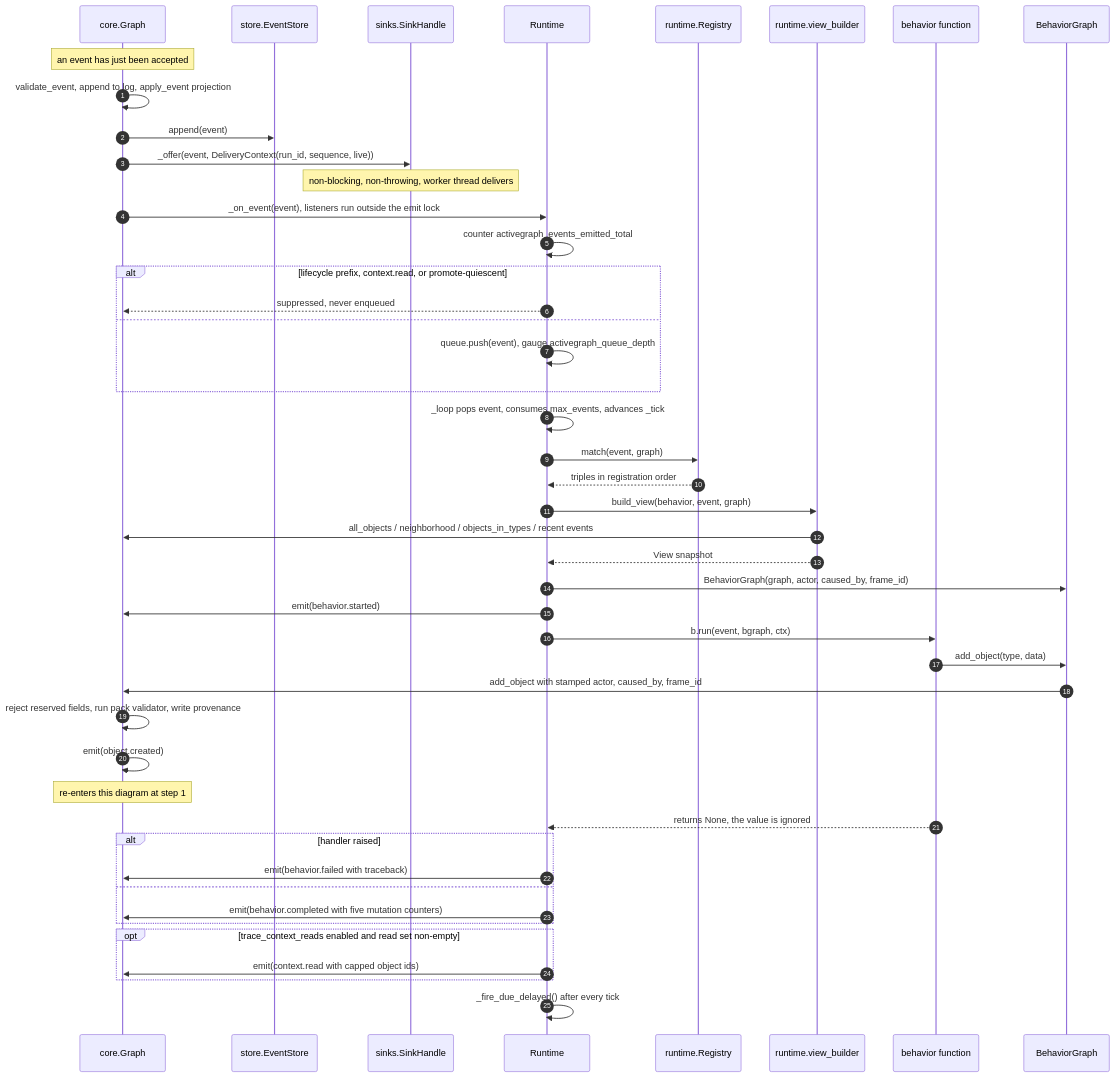
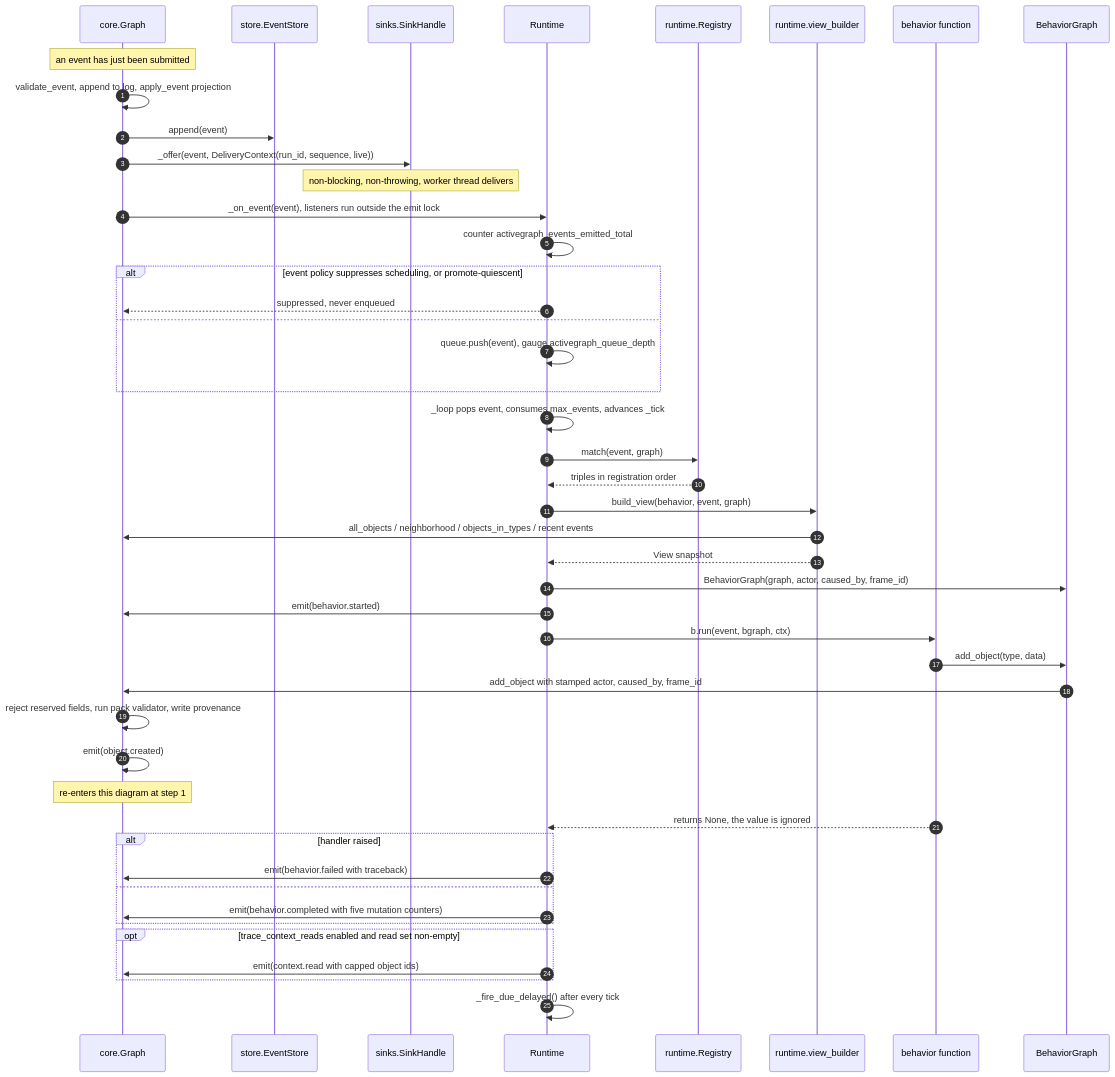
Before and after one commit to tha-hammer/silmari-activegraph: the second of 6 diagrams in specs/11-sequence-diagrams.md, drawn with Mermaid. The commit also changed other lines of this file, not shown here.

Commit message:
docs(specs): refresh end-to-end sequences

````diff
--- a/specs/11-sequence-diagrams.md
+++ b/specs/11-sequence-diagrams.md
@@ -111,50 +121,50 @@
 ```mermaid
 sequenceDiagram
     autonumber
     participant G as core.Graph
     participant ST as store.EventStore
     participant SK as sinks.SinkHandle
     participant RT as Runtime
     participant REG as runtime.Registry
     participant VB as runtime.view_builder
     participant B as behavior function
     participant BG as BehaviorGraph
 
-    Note over G: an event has just been accepted
+    Note over G: an event has just been submitted
     G->>G: validate_event, append to log, apply_event projection
     G->>ST: append(event)
     G->>SK: _offer(event, DeliveryContext(run_id, sequence, live))
     Note over SK: non-blocking, non-throwing, worker thread delivers
     G->>RT: _on_event(event), listeners run outside the emit lock
     RT->>RT: counter activegraph_events_emitted_total
-    alt lifecycle prefix, context.read, or promote-quiescent
+    alt event policy suppresses scheduling, or promote-quiescent
         RT-->>G: suppressed, never enqueued
     else
         RT->>RT: queue.push(event), gauge activegraph_queue_depth
     end
 
     RT->>RT: _loop pops event, consumes max_events, advances _tick
     RT->>REG: match(event, graph)
     REG-->>RT: triples in registration order
     RT->>VB: build_view(behavior, event, graph)
     VB->>G: all_objects / neighborhood / objects_in_types / recent events
     VB-->>RT: View snapshot
     RT->>BG: BehaviorGraph(graph, actor, caused_by, frame_id)
     RT->>G: emit(behavior.started)
     RT->>B: b.run(event, bgraph, ctx)
     B->>BG: add_object(type, data)
     BG->>G: add_object with stamped actor, caused_by, frame_id
     G->>G: reject reserved fields, run pack validator, write provenance
     G->>G: emit(object.created)
     Note over G: re-enters this diagram at step 1
     B-->>RT: returns None, the value is ignored
     alt handler raised
         RT->>G: emit(behavior.failed with traceback)
     else
         RT->>G: emit(behavior.completed with five mutation counters)
     end
     opt trace_context_reads enabled and read set non-empty
         RT->>G: emit(context.read with capped object ids)
     end
     RT->>RT: _fire_due_delayed() after every tick
 ```
````
